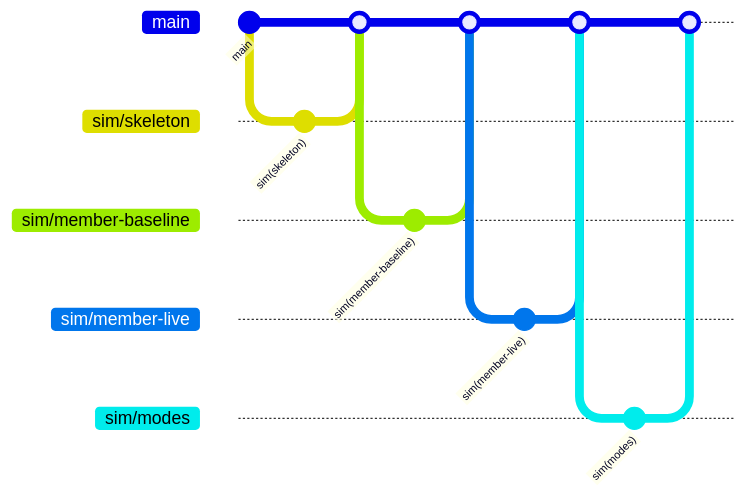
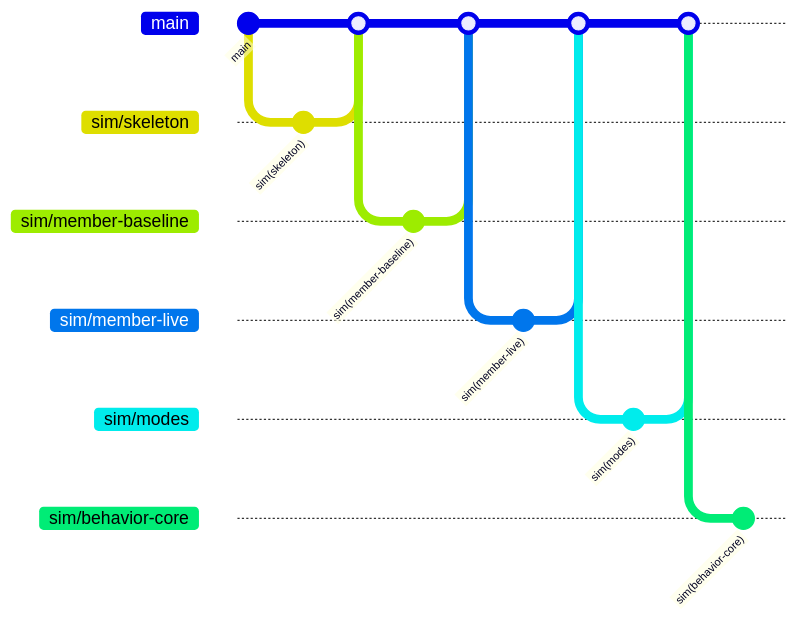
Before and after one commit to josiah113366-sketch/clothes-query: the diagram in docs/BRANCHES.md, drawn with Mermaid. The commit also changed other lines of this file and 1 other file, not shown here.

Commit message:
docs(sim/behavior-core): 브랜치 등록과 작업 지시서 추가

````diff
--- a/docs/BRANCHES.md
+++ b/docs/BRANCHES.md
@@ -35,20 +35,22 @@
 ```mermaid
 gitGraph
   commit id: "main"
   branch sim/skeleton
   commit id: "sim(skeleton)"
   checkout main
   merge sim/skeleton
   branch sim/member-baseline
   commit id: "sim(member-baseline)"
   checkout main
   merge sim/member-baseline
   branch sim/member-live
   commit id: "sim(member-live)"
   checkout main
   merge sim/member-live
   branch sim/modes
   commit id: "sim(modes)"
   checkout main
   merge sim/modes
+  branch sim/behavior-core
+  commit id: "sim(behavior-core)"
 ```
````
